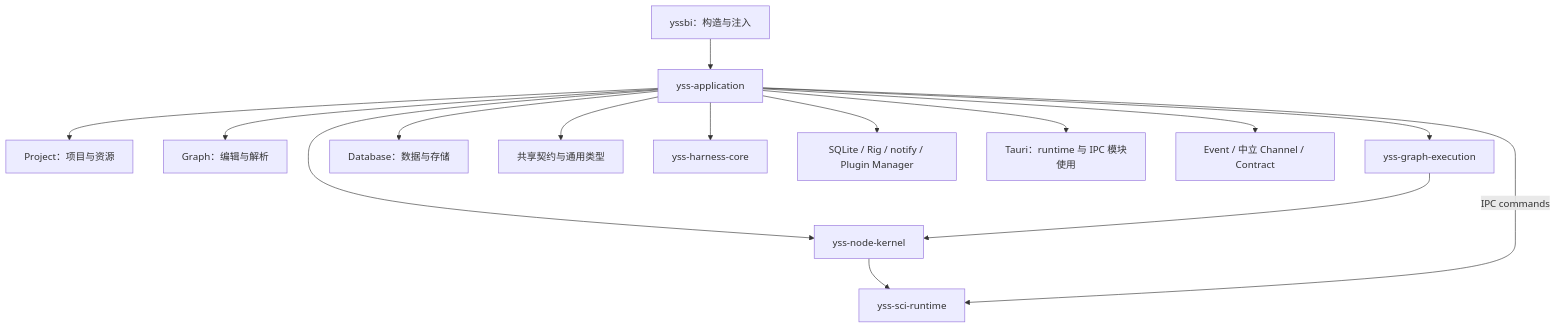
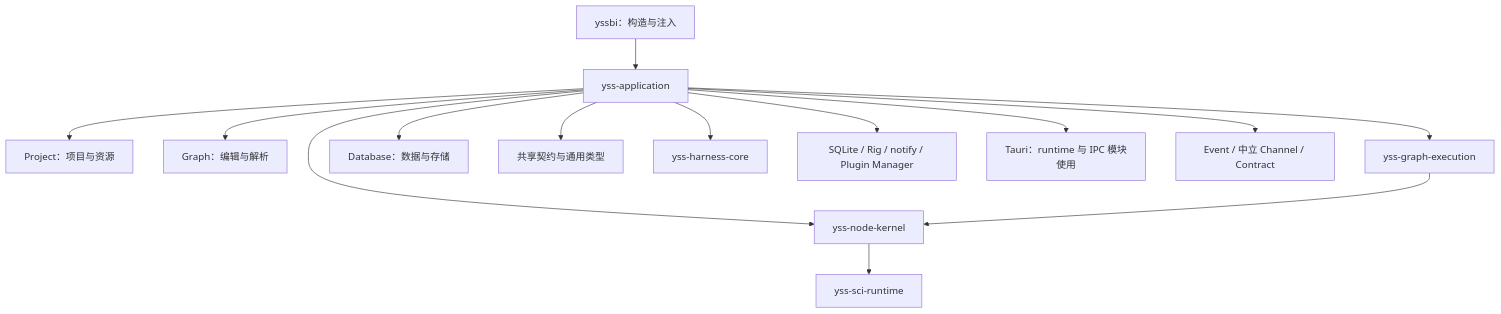
The diagram in src-tauri/crates/yss-application/README.md (zhouyi207/YssBI), drawn with Mermaid before and after one commit. The commit also changed other lines of this file and 83 other files, not shown here.

````diff
--- a/src-tauri/crates/yss-application/README.md
+++ b/src-tauri/crates/yss-application/README.md
@@ -16,17 +16,16 @@
 ```mermaid
 flowchart TD
     ROOT["yssbi：构造与注入"] --> APP["yss-application"]
     APP --> PROJECT["Project：项目与资源"]
     APP --> GRAPH["Graph：编辑与解析"]
     APP --> EXEC["yss-graph-execution"]
     APP --> KERNEL["yss-node-kernel"]
     EXEC --> KERNEL
     KERNEL --> SCI["yss-sci-runtime"]
     APP --> DATA["Database：数据与存储"]
     APP --> CONTRACT["共享契约与通用类型"]
     APP --> HARNESS["yss-harness-core"]
     APP --> ADAPTERS["SQLite / Rig / notify / Plugin Manager"]
     APP --> TAURI["Tauri：runtime 与 IPC 模块使用"]
     APP --> IPC["Event / 中立 Channel / Contract"]
-    APP -->|IPC commands| SCI["yss-sci-runtime"]
 ```
````
